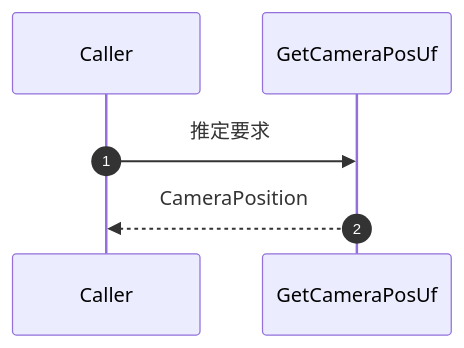
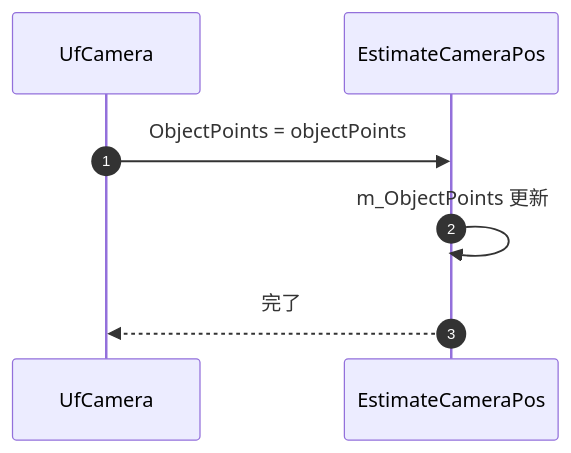
The third of 6 diagrams in docs/UfCamera_詳細設計書/08_メソッド仕様/08-6_EstimateCameraPos連携メンバ.md (HottaTakayuki/ColorAlignmentSoftware), drawn with Mermaid before and after one commit. The commit also changed other lines of this file and 13 other files, not shown here.

````diff
--- a/docs/UfCamera_詳細設計書/08_メソッド仕様/08-6_EstimateCameraPos連携メンバ.md
+++ b/docs/UfCamera_詳細設計書/08_メソッド仕様/08-6_EstimateCameraPos連携メンバ.md
@@ -110,8 +177,10 @@
 ```mermaid
 sequenceDiagram
-	autonumber
-	participant CALLER as Caller
-	participant UF as GetCameraPosUf
-	CALLER->>UF: 推定要求
-	UF-->>CALLER: CameraPosition
+    autonumber
+    participant CALLER as UfCamera
+    participant E as EstimateCameraPos
+
+    CALLER->>E: ObjectPoints = objectPoints
+    E->>E: m_ObjectPoints 更新
+    E-->>CALLER: 完了
 ```
````
